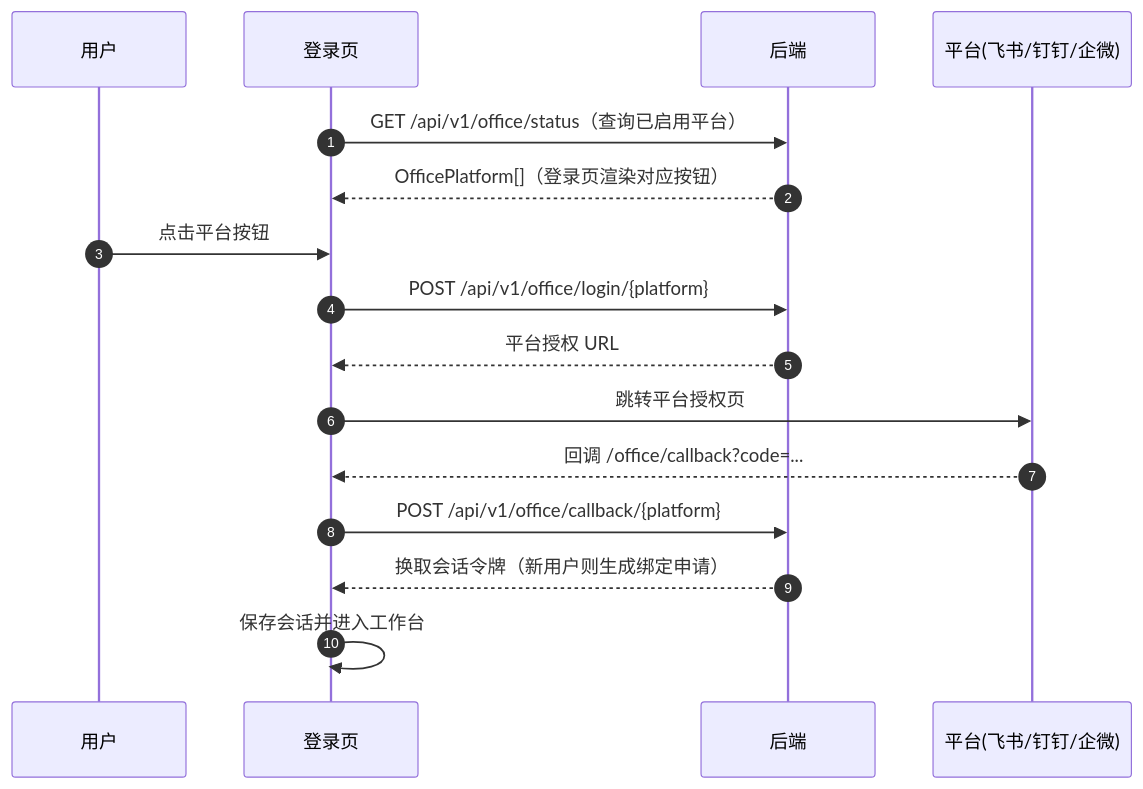
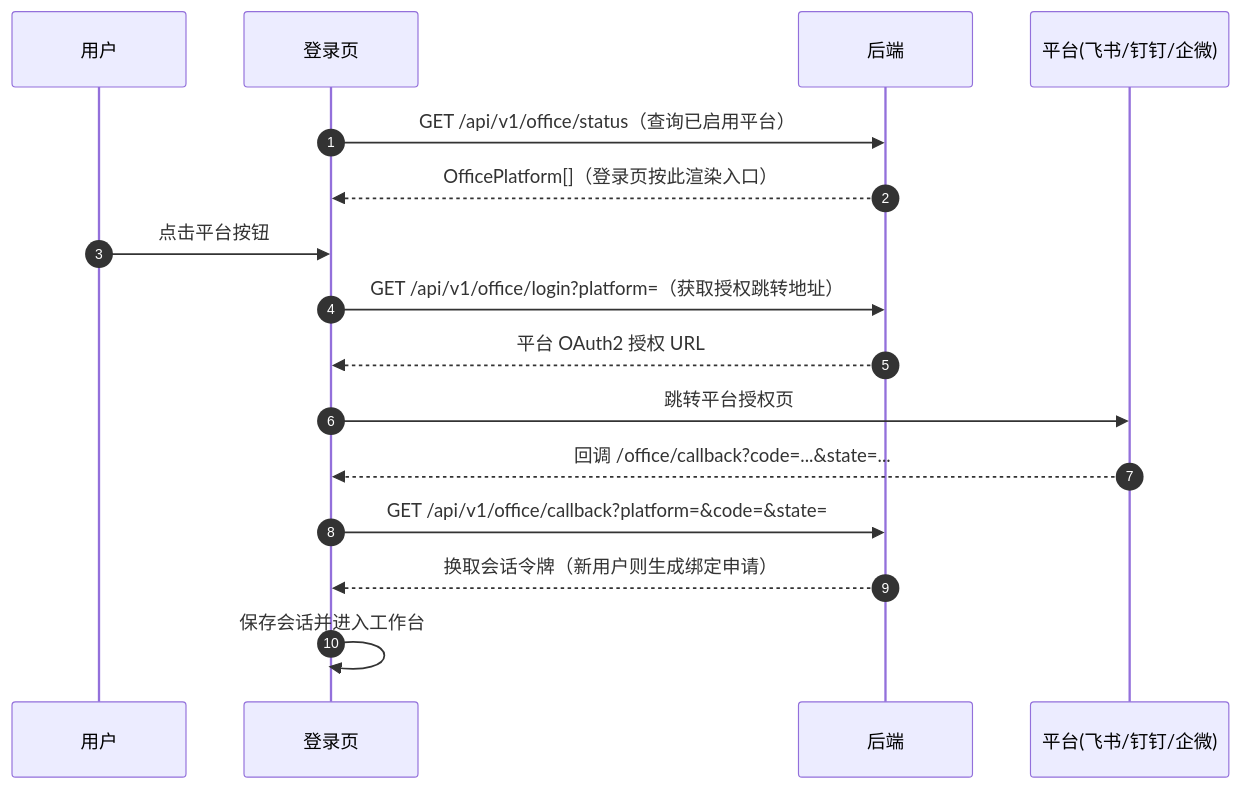
One commit to apex-cloud-service/apex-admin-web changed the fifth of 6 diagrams in docs/architecture/auth-and-routing.md. Above: the diagram before and after it, drawn with Mermaid. The commit also changed other lines of this file and 21 other files, not shown here.

````diff
--- a/docs/architecture/auth-and-routing.md
+++ b/docs/architecture/auth-and-routing.md
@@ -139,19 +139,19 @@
 ```mermaid
 sequenceDiagram
     autonumber
     participant U as 用户
     participant L as 登录页
     participant B as 后端
     participant P as 平台(飞书/钉钉/企微)
 
     L->>B: GET /api/v1/office/status（查询已启用平台）
-    B-->>L: OfficePlatform[]（登录页渲染对应按钮）
+    B-->>L: OfficePlatform[]（登录页按此渲染入口）
     U->>L: 点击平台按钮
-    L->>B: POST /api/v1/office/login/{platform}
-    B-->>L: 平台授权 URL
+    L->>B: GET /api/v1/office/login?platform=（获取授权跳转地址）
+    B-->>L: 平台 OAuth2 授权 URL
     L->>P: 跳转平台授权页
-    P-->>L: 回调 /office/callback?code=...
-    L->>B: POST /api/v1/office/callback/{platform}
+    P-->>L: 回调 /office/callback?code=...&state=...
+    L->>B: GET /api/v1/office/callback?platform=&code=&state=
     B-->>L: 换取会话令牌（新用户则生成绑定申请）
     L->>L: 保存会话并进入工作台
 ```
````
